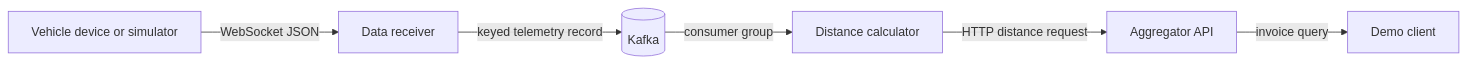
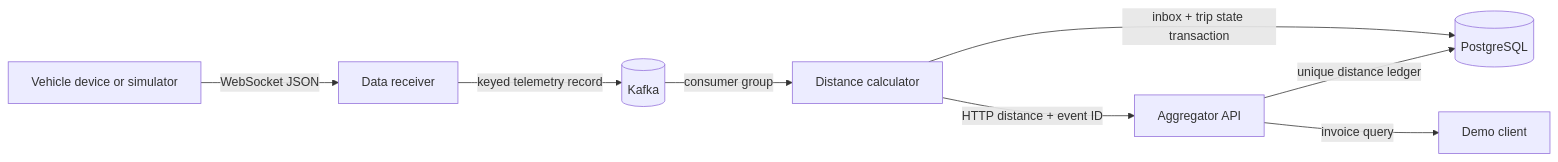
The first of 2 diagrams in docs/architecture/HLD.md (Tanmoy095/FleetToll-Engine), drawn with Mermaid before and after one commit. The commit also changed other lines of this file and 5 other files, not shown here.

````diff
--- a/docs/architecture/HLD.md
+++ b/docs/architecture/HLD.md
@@ -11,8 +11,10 @@
 ```mermaid
 flowchart LR
   Device[Vehicle device or simulator] -->|WebSocket JSON| Receiver[Data receiver]
   Receiver -->|keyed telemetry record| Kafka[(Kafka)]
   Kafka -->|consumer group| Calculator[Distance calculator]
-  Calculator -->|HTTP distance request| Aggregator[Aggregator API]
+  Calculator -->|inbox + trip state transaction| DB[(PostgreSQL)]
+  Calculator -->|HTTP distance + event ID| Aggregator[Aggregator API]
+  Aggregator -->|unique distance ledger| DB
   Aggregator -->|invoice query| Client[Demo client]
 ```
````
